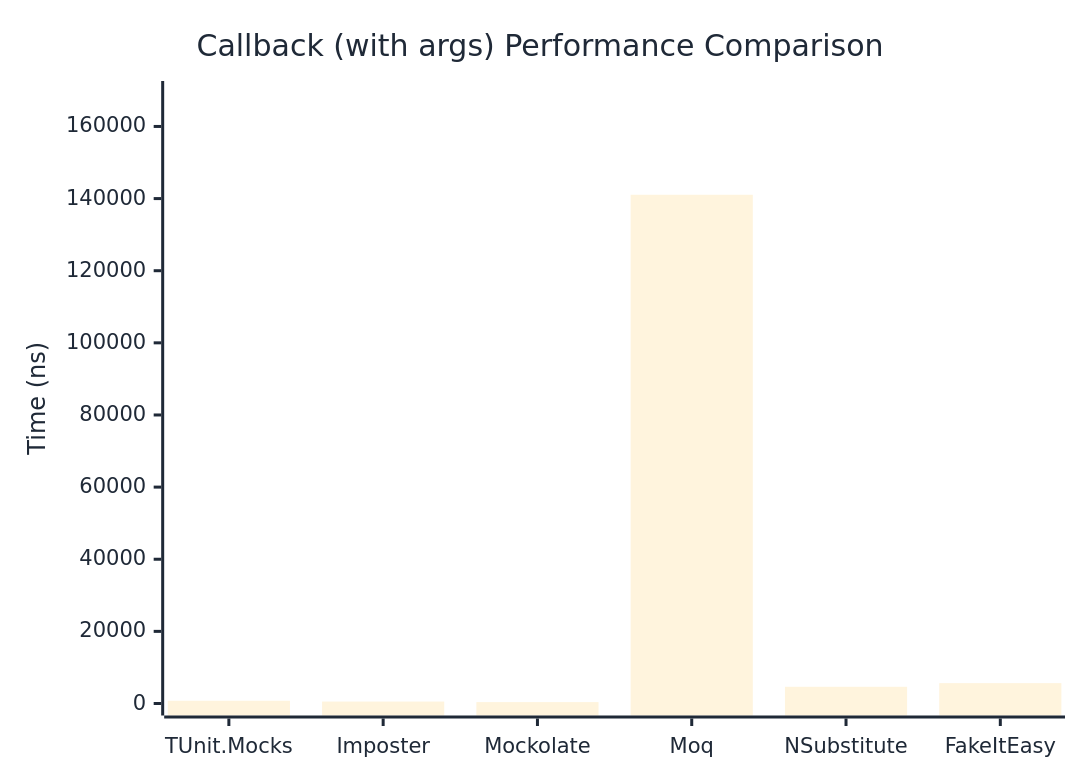
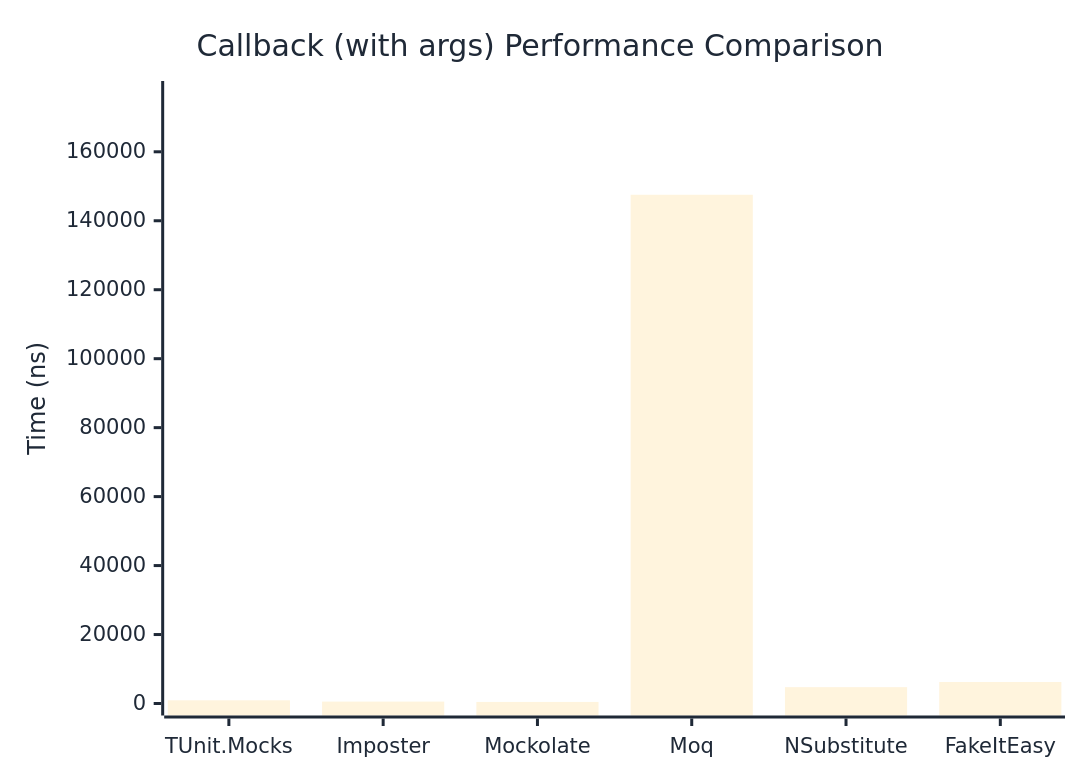
Before and after one commit to thomhurst/TUnit: the second of 2 diagrams in docs/docs/benchmarks/mocks/Callback.md, drawn with Mermaid. The commit also changed other lines of this file and 14 other files, not shown here.

````diff
--- a/docs/docs/benchmarks/mocks/Callback.md
+++ b/docs/docs/benchmarks/mocks/Callback.md
@@ -71,27 +71,27 @@
 ```mermaid
 %%{init: {
   'theme':'base',
   'themeVariables': {
     'primaryColor': '#2563eb',
     'primaryTextColor': '#1f2937',
     'primaryBorderColor': '#1e40af',
     'lineColor': '#6b7280',
     'secondaryColor': '#7c3aed',
     'tertiaryColor': '#dc2626',
     'background': '#ffffff',
     'pie1': '#2563eb',
     'pie2': '#7c3aed',
     'pie3': '#dc2626',
     'pie4': '#f59e0b',
     'pie5': '#10b981',
     'pie6': '#06b6d4',
     'pie7': '#ec4899',
     'pie8': '#6366f1'
   }
 }}%%
 xychart-beta
   title "Callback (with args) Performance Comparison"
   x-axis ["TUnit.Mocks", "Imposter", "Mockolate", "Moq", "NSubstitute", "FakeItEasy"]
-  y-axis "Time (ns)" 0 --> 169275
-  bar [755.6, 537.5, 387.1, 141061.8, 4635.3, 5644.4]
+  y-axis "Time (ns)" 0 --> 177050
+  bar [928.7, 551.3, 453.6, 147540.9, 4741.2, 6236.5]
 ```
````
